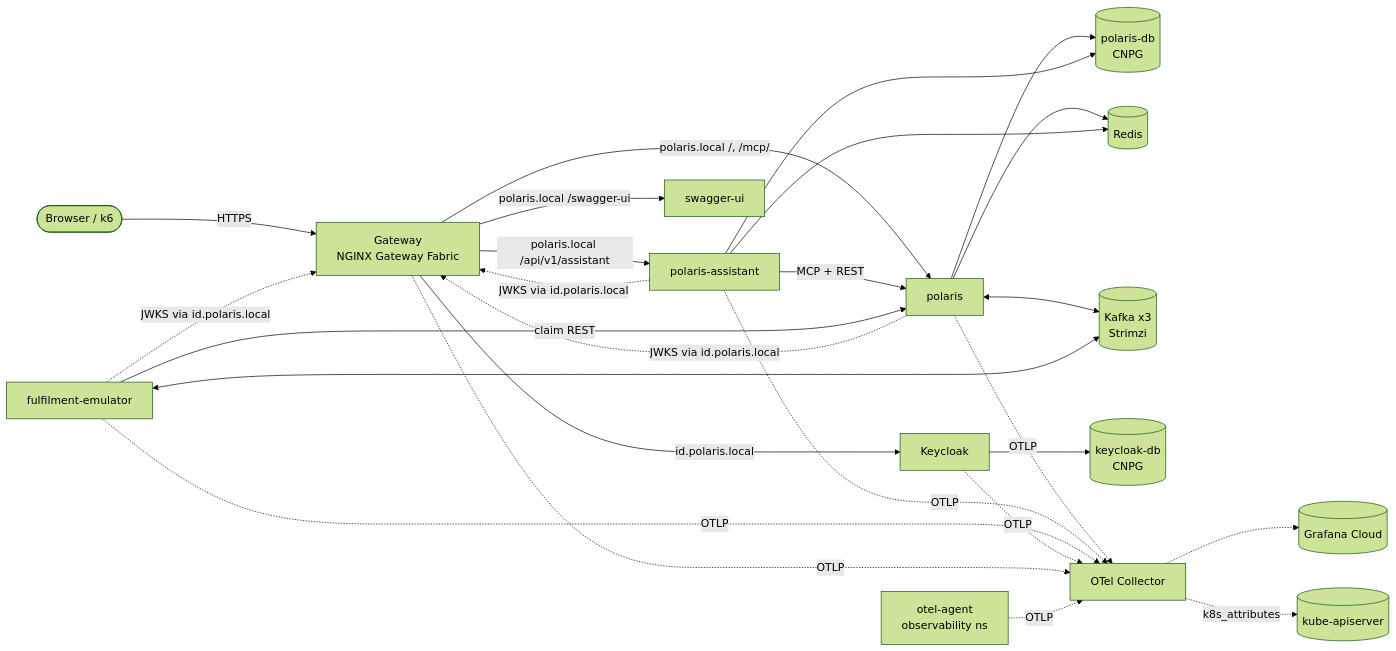
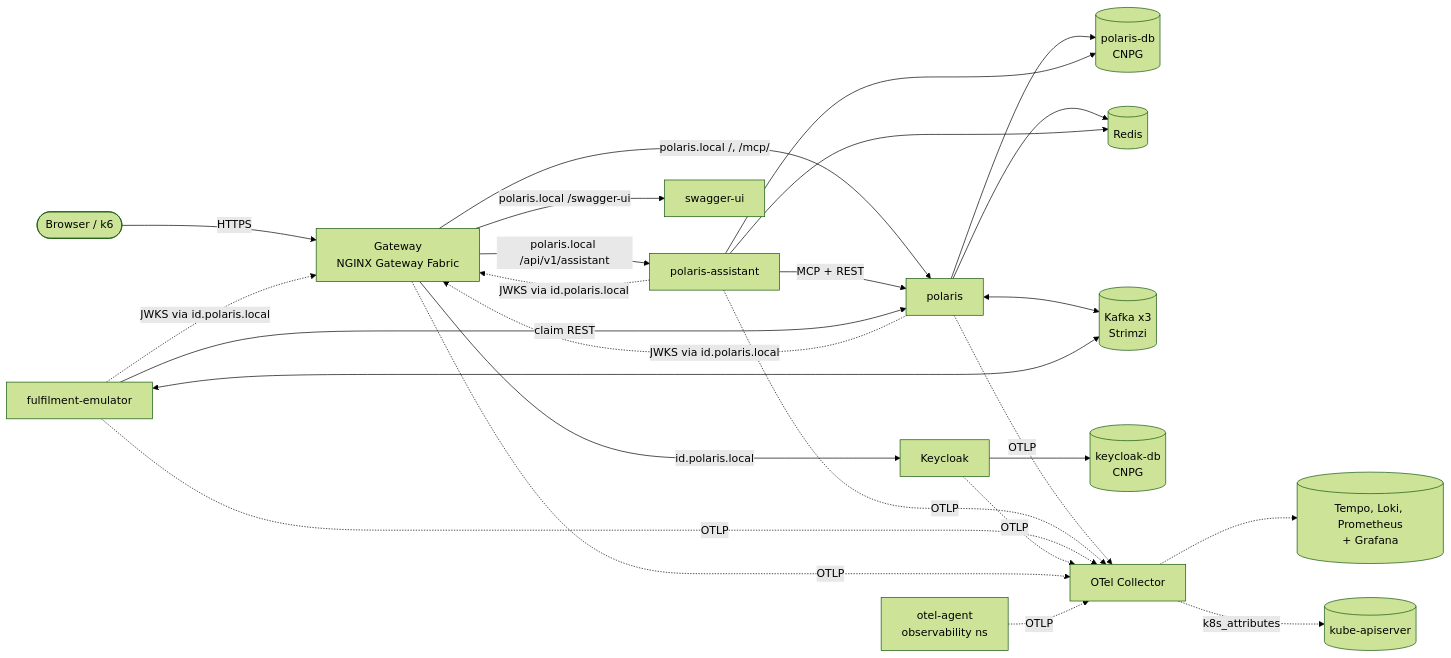
The diagram in docs/development/plan/k8s-deployment.md (vungdv/polaris-assistant), drawn with Mermaid (forest theme) before and after one commit. The commit also changed other lines of this file and 43 other files, not shown here.

````diff
--- a/docs/development/plan/k8s-deployment.md
+++ b/docs/development/plan/k8s-deployment.md
@@ -51,21 +51,21 @@
 ```mermaid
 flowchart LR
   user([Browser / k6]) -->|HTTPS| gw[Gateway<br/>NGINX Gateway Fabric]
   gw -->|polaris.local /, /mcp/| polaris
   gw -->|polaris.local /api/v1/assistant| assistant[polaris-assistant]
   gw -->|polaris.local /swagger-ui| swagger[swagger-ui]
   gw -->|id.polaris.local| kc[Keycloak]
   assistant -->|MCP + REST| polaris
   polaris --> pdb[(polaris-db<br/>CNPG)]
   assistant --> pdb
   polaris --> redis[(Redis)]
   assistant --> redis
   polaris <--> kafka[(Kafka x3<br/>Strimzi)]
   emu[fulfilment-emulator] <--> kafka
   emu -->|claim REST| polaris
   kc --> kdb[(keycloak-db<br/>CNPG)]
-  polaris & assistant & emu & kc & gw -.->|OTLP| otel[OTel Collector] -.-> cloud[(Grafana Cloud)]
+  polaris & assistant & emu & kc & gw -.->|OTLP| otel[OTel Collector] -.-> lgtm[(Tempo, Loki, Prometheus<br/>+ Grafana)]
   otelagent[otel-agent<br/>observability ns] -.->|OTLP| otel
   otel -.->|k8s_attributes| api[(kube-apiserver)]
   polaris & assistant & emu -.->|JWKS via id.polaris.local| gw
 ```
````
